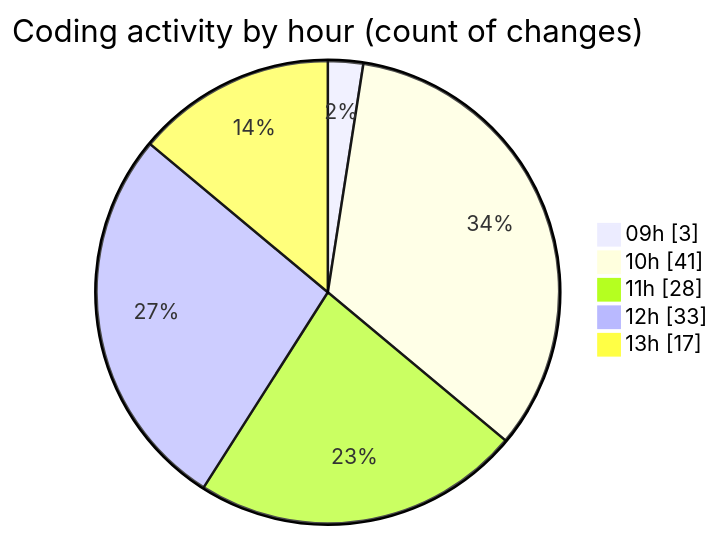
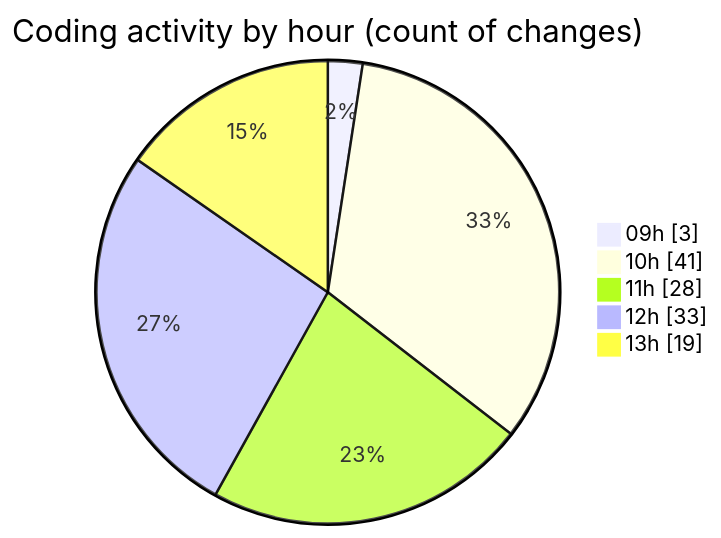
One commit to CELIANVF/code-tracking changed the second of 2 diagrams in 2025-05-19/ecodeli-1/README.md. Above: the diagram before and after it, drawn with Mermaid. The commit also changed other lines of this file and 1 other file, not shown here.

````diff
--- a/2025-05-19/ecodeli-1/README.md
+++ b/2025-05-19/ecodeli-1/README.md
@@ -64,9 +65,9 @@
 ```mermaid
 pie showData
 title Coding activity by hour (count of changes)
 "09h" : 3
 "10h" : 41
 "11h" : 28
 "12h" : 33
-"13h" : 17
+"13h" : 19
 ```
````
